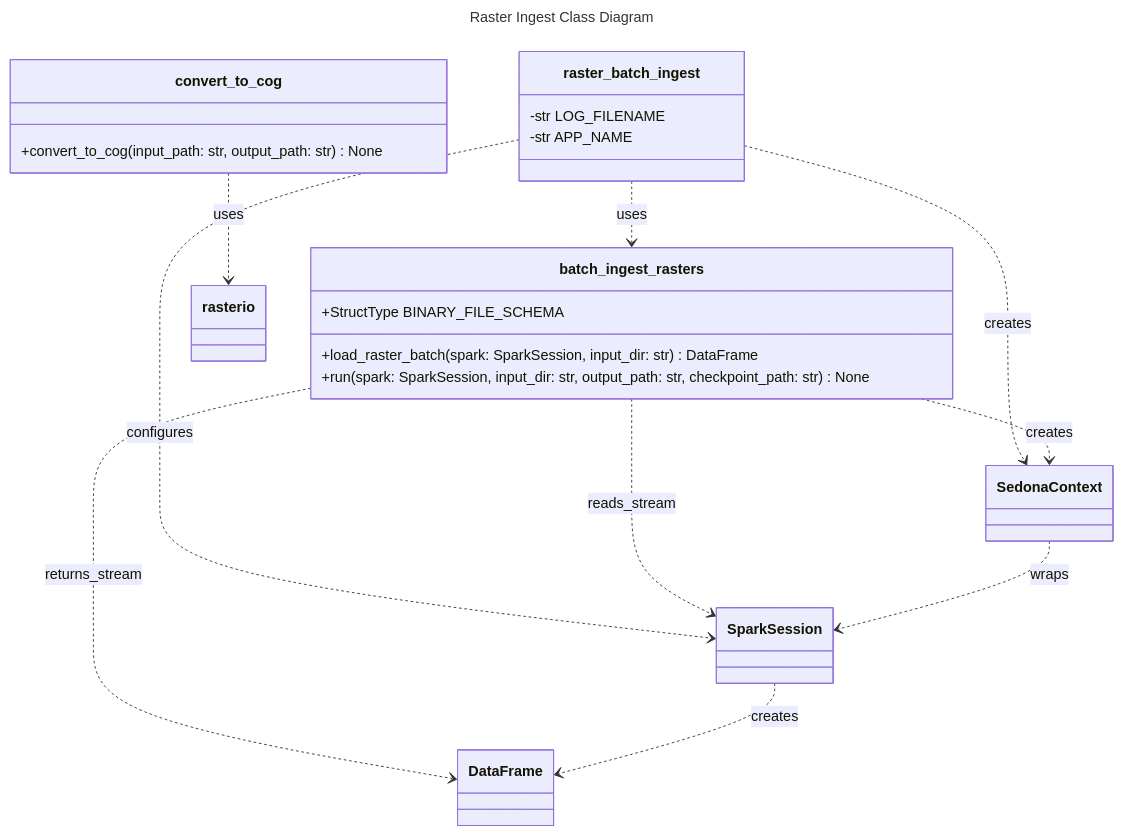
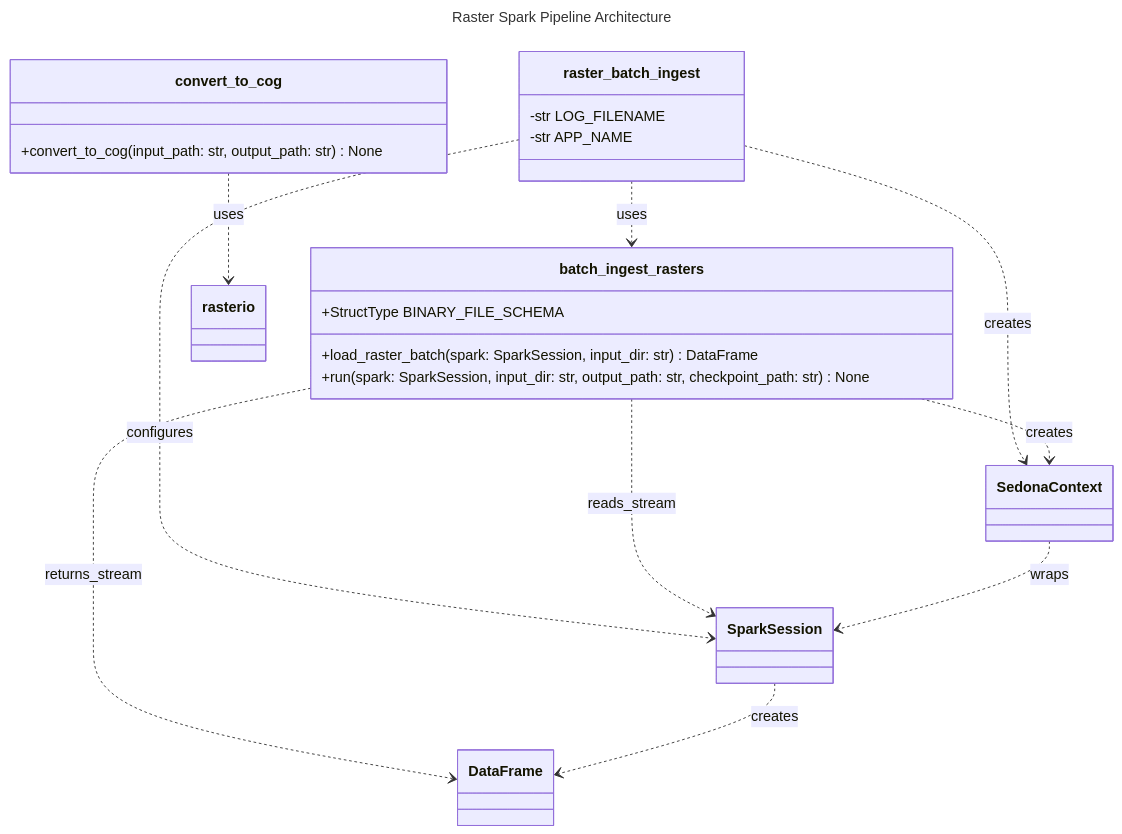
The third of 3 diagrams in README.md (corinat/spark_dataengineering), drawn with Mermaid before and after one commit. The commit also changed other lines of this file, not shown here.

Commit message:
updated file with more information

````diff
--- a/README.md
+++ b/README.md
@@ -197,38 +197,38 @@
 ```mermaid
 ---
-title: Raster Ingest Class Diagram
+title: Raster Spark Pipeline Architecture
 ---
 classDiagram
   class batch_ingest_rasters {
     +StructType BINARY_FILE_SCHEMA
     +load_raster_batch(spark: SparkSession, input_dir: str) DataFrame
     +run(spark: SparkSession, input_dir: str, output_path: str, checkpoint_path: str) None
   }
 
   class raster_batch_ingest {
     -str LOG_FILENAME
     -str APP_NAME
   }
 
   class convert_to_cog {
     +convert_to_cog(input_path: str, output_path: str) None
   }
 
   class SparkSession
   class DataFrame
   class SedonaContext
   class rasterio
 
   raster_batch_ingest ..> batch_ingest_rasters : uses
   raster_batch_ingest ..> SedonaContext : creates
   raster_batch_ingest ..> SparkSession : configures
 
   batch_ingest_rasters ..> SedonaContext : creates
   batch_ingest_rasters ..> SparkSession : reads_stream
   batch_ingest_rasters ..> DataFrame : returns_stream
 
   convert_to_cog ..> rasterio : uses
 
   SedonaContext ..> SparkSession : wraps
   SparkSession ..> DataFrame : creates
 ```
````
